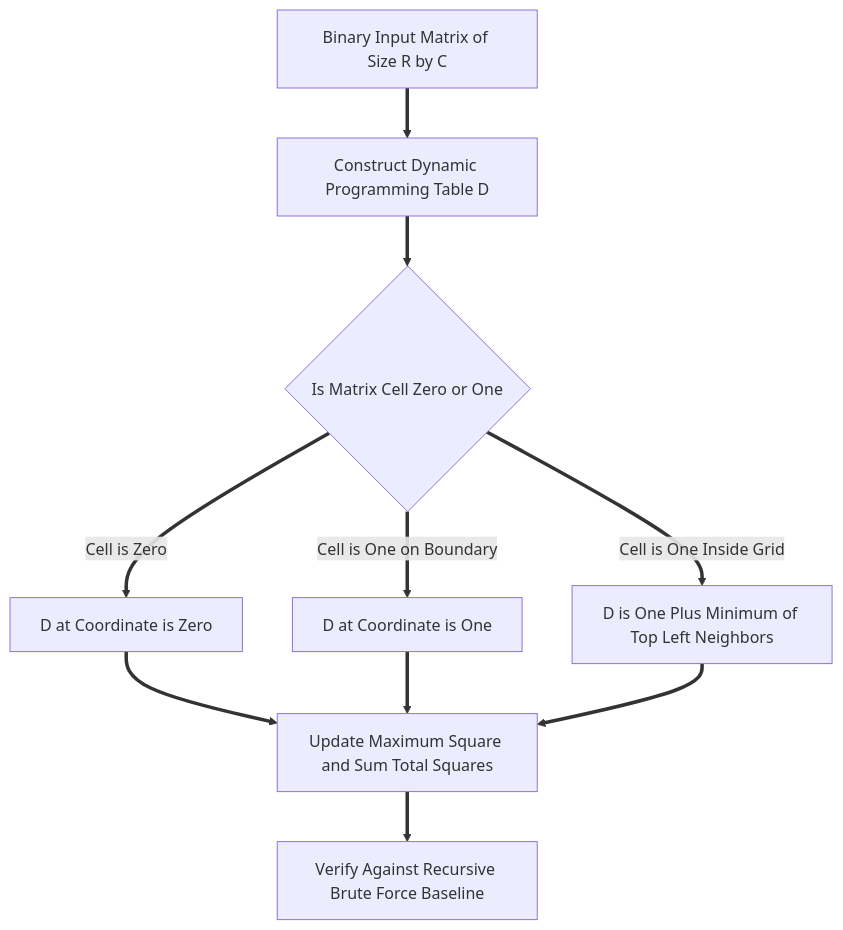
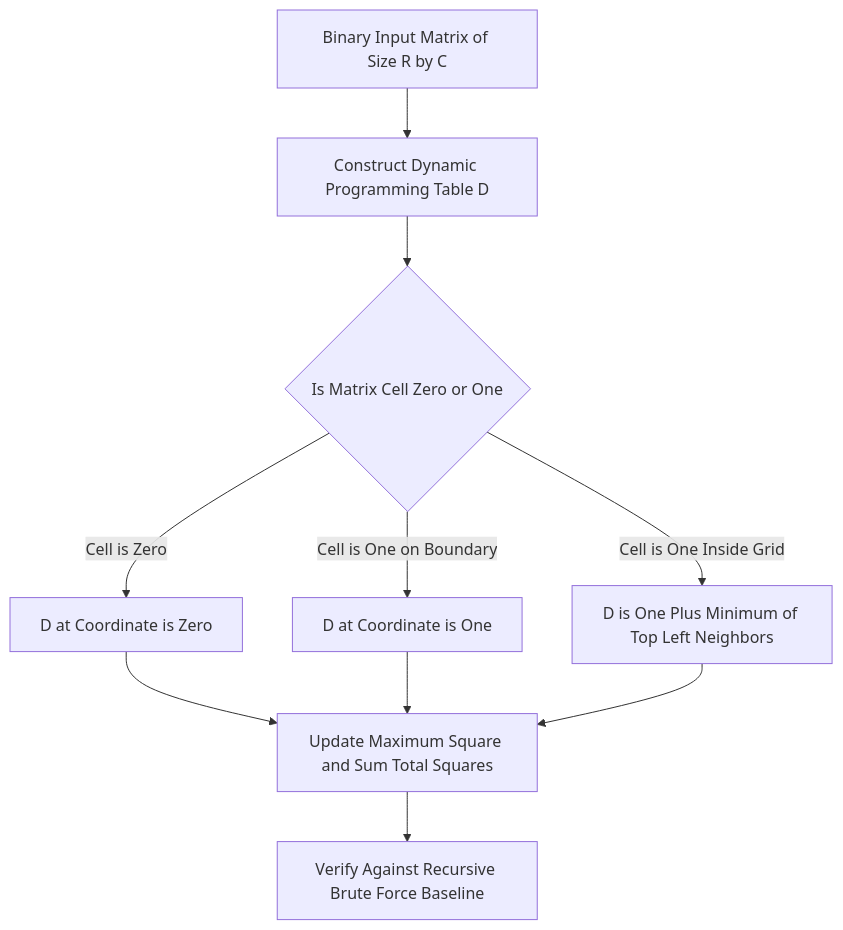
One commit to Ahmad-Ali-Shah/E_i250817_A1 changed the third of 3 diagrams in README.md. Above: the diagram before and after it, drawn with Mermaid. The commit also changed other lines of this file, not shown here.

Commit message:
Fix flowchart syntax to standard Mermaid arrows

````diff
--- a/README.md
+++ b/README.md
@@ -118,12 +118,12 @@
 ```mermaid
 flowchart TD
-    BinaryMatrix["Binary Input Matrix of Size R by C"] ==> DPTable["Construct Dynamic Programming Table D"]
-    DPTable ==> CellCheck{"Is Matrix Cell Zero or One"}
-    CellCheck ==>|Cell is Zero| SetZero["D at Coordinate is Zero"]
-    CellCheck ==>|Cell is One on Boundary| SetOne["D at Coordinate is One"]
-    CellCheck ==>|Cell is One Inside Grid| Recurrence["D is One Plus Minimum of Top Left Neighbors"]
-    SetZero ==> Accumulate["Update Maximum Square and Sum Total Squares"]
-    SetOne ==> Accumulate
-    Recurrence ==> Accumulate
-    Accumulate ==> OracleCheck["Verify Against Recursive Brute Force Baseline"]
+    BinaryMatrix["Binary Input Matrix of Size R by C"] --> DPTable["Construct Dynamic Programming Table D"]
+    DPTable --> CellCheck{"Is Matrix Cell Zero or One"}
+    CellCheck -->|Cell is Zero| SetZero["D at Coordinate is Zero"]
+    CellCheck -->|Cell is One on Boundary| SetOne["D at Coordinate is One"]
+    CellCheck -->|Cell is One Inside Grid| Recurrence["D is One Plus Minimum of Top Left Neighbors"]
+    SetZero --> Accumulate["Update Maximum Square and Sum Total Squares"]
+    SetOne --> Accumulate
+    Recurrence --> Accumulate
+    Accumulate --> OracleCheck["Verify Against Recursive Brute Force Baseline"]
 ```
````
